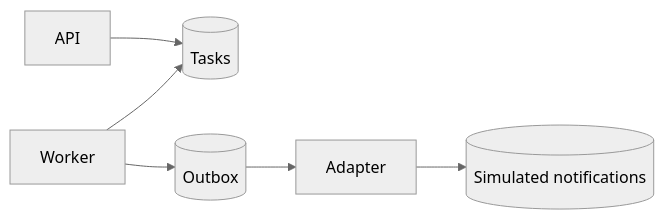
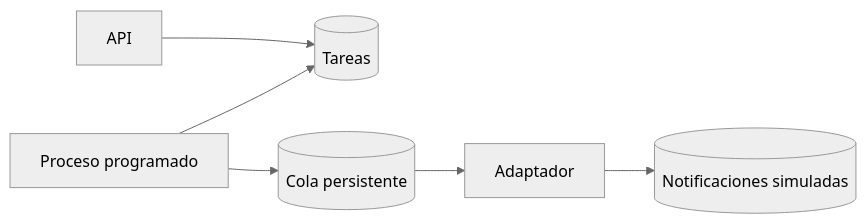
Before and after one commit to AndresJG20/business-process-automation: the diagram in docs/architecture.md, drawn with Mermaid (neutral theme). The commit also changed other lines of this file and 5 other files, not shown here.

````diff
--- a/docs/architecture.md
+++ b/docs/architecture.md
@@ -2,8 +3,8 @@
 ```mermaid
 flowchart LR
-  API --> Tasks[(Tasks)]
-  Worker --> Tasks
-  Worker --> Outbox[(Outbox)]
-  Outbox --> Adapter
-  Adapter --> Destination[(Simulated notifications)]
+  API --> T[(Tareas)]
+  W[Proceso programado] --> T
+  W --> O[(Cola persistente)]
+  O --> A[Adaptador]
+  A --> D[(Notificaciones simuladas)]
 ```
````
